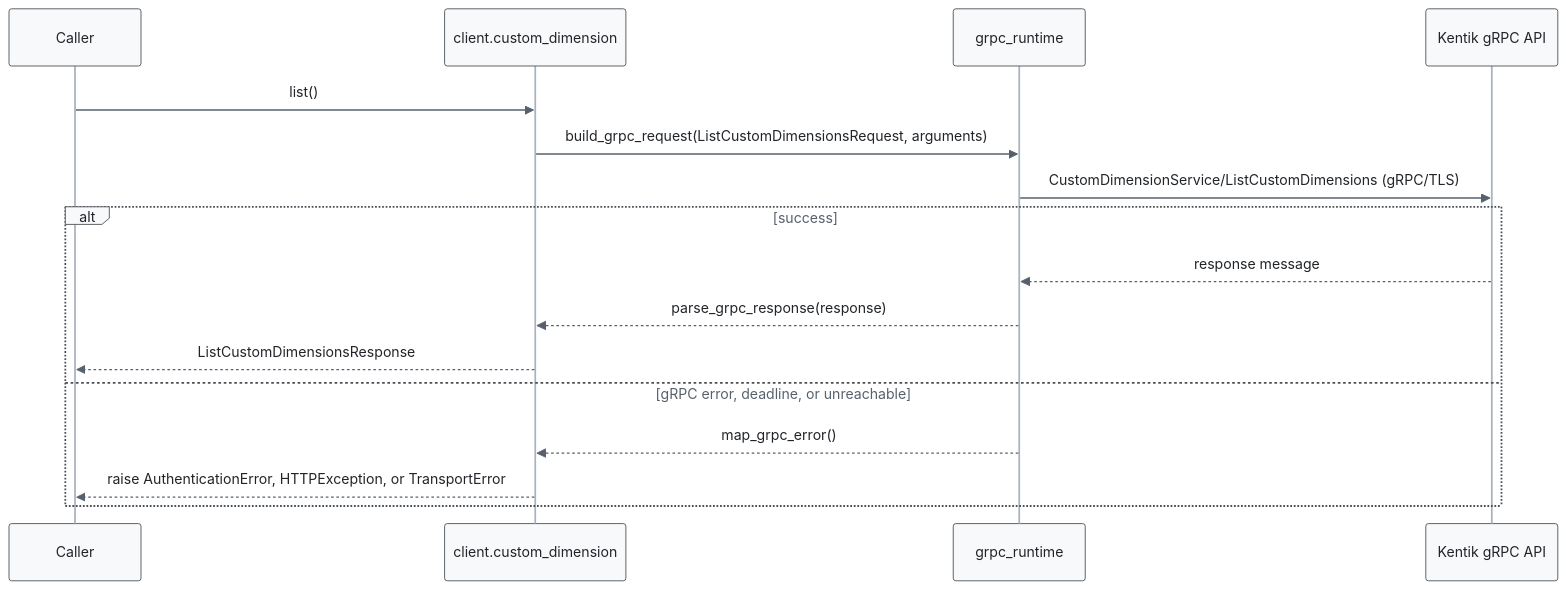
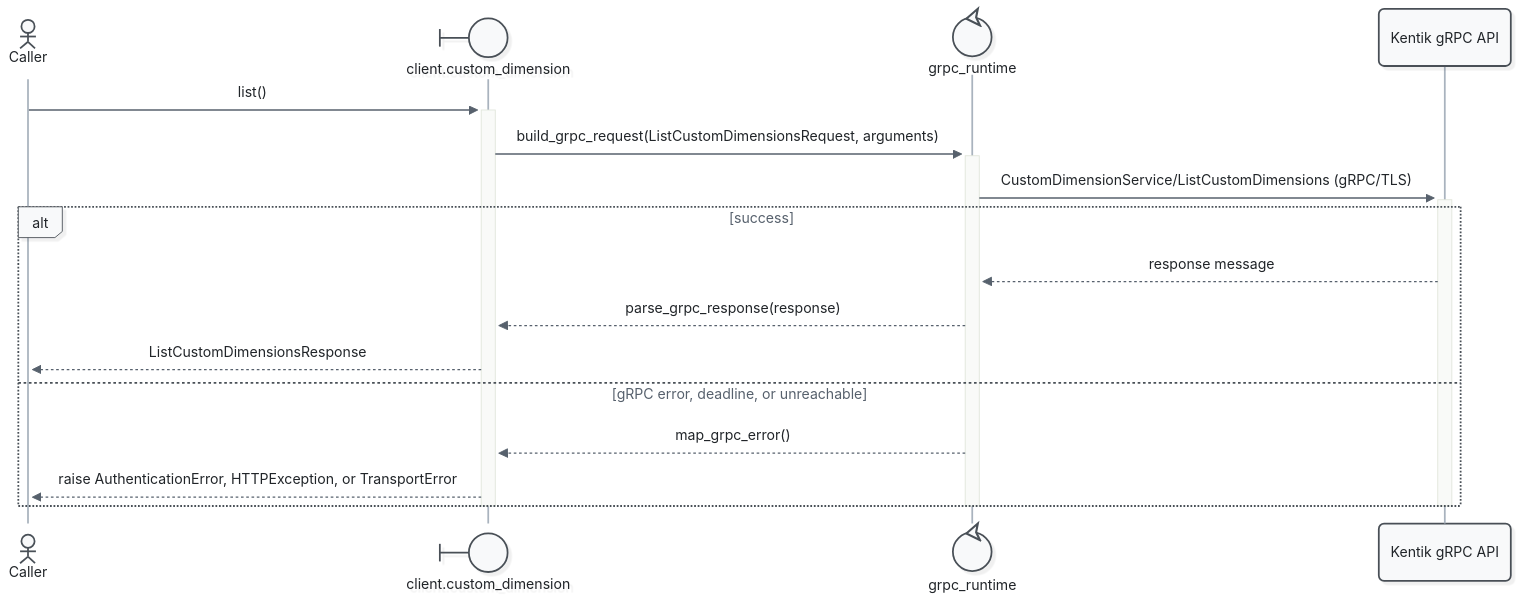
One commit to alexdearaujo/community_sdk_python changed the second of 21 diagrams in docs/sphinx/services/custom_dimension.md. Above: the diagram before and after it, drawn with Mermaid. The commit also changed other lines of this file and 52 other files, not shown here.

First line of the commit message:
docs: Mermaid 12 sequence diagrams with participant types and path colors

````diff
--- a/docs/sphinx/services/custom_dimension.md
+++ b/docs/sphinx/services/custom_dimension.md
@@ -55,20 +57,23 @@
 ```mermaid
-%%{init: {"theme": "base", "fontFamily": "ui-monospace, SFMono-Regular, Menlo, monospace", "themeVariables": {"fontFamily": "ui-monospace, SFMono-Regular, Menlo, monospace", "primaryColor": "#f8f9fa", "primaryBorderColor": "#495057", "primaryTextColor": "#212529", "textColor": "#212529", "lineColor": "#77818c", "edgeLabelBackground": "#ffffff", "actorBkg": "#f8f9fa", "actorBorder": "#495057", "actorTextColor": "#212529", "actorLineColor": "#a9b3be", "signalColor": "#57616d", "signalTextColor": "#212529", "labelBoxBkgColor": "#f8f9fa", "labelBoxBorderColor": "#495057", "labelTextColor": "#212529", "loopTextColor": "#57616d", "noteBkgColor": "#fff9db", "noteBorderColor": "#f08c00", "noteTextColor": "#a35a00"}, "flowchart": {"curve": "step", "nodeSpacing": 30, "rankSpacing": 70, "wrappingWidth": 400}}}%%
+%%{init: {"theme": "redux", "look": "neo", "layout": "dagre", "fontFamily": "ui-monospace, SFMono-Regular, Menlo, monospace", "themeVariables": {"fontFamily": "ui-monospace, SFMono-Regular, Menlo, monospace", "primaryColor": "#f8f9fa", "primaryBorderColor": "#495057", "primaryTextColor": "#212529", "textColor": "#212529", "lineColor": "#77818c", "edgeLabelBackground": "#ffffff", "actorBkg": "#f8f9fa", "actorBorder": "#495057", "actorTextColor": "#212529", "actorLineColor": "#a9b3be", "signalColor": "#57616d", "signalTextColor": "#212529", "labelBoxBkgColor": "#f8f9fa", "labelBoxBorderColor": "#495057", "labelTextColor": "#212529", "loopTextColor": "#57616d", "noteBkgColor": "#fff9db", "noteBorderColor": "#f08c00", "noteTextColor": "#a35a00"}, "sequence": {"activationWidth": 16}, "flowchart": {"curve": "step", "nodeSpacing": 30, "rankSpacing": 70, "wrappingWidth": 400}}}%%
 sequenceDiagram
-    participant C as Caller
-    participant W as client.custom_dimension
-    participant R as grpc_runtime
+    actor C as Caller
+    participant W@{ "type": "boundary" } as client.custom_dimension
+    participant R@{ "type": "control" } as grpc_runtime
     participant API as Kentik gRPC API
 
-    C->>W: list()
-    W->>R: build_grpc_request(ListCustomDimensionsRequest, arguments)
-    R->>API: CustomDimensionService/ListCustomDimensions (gRPC/TLS)
+    C->>+W: list()
+    W->>+R: build_grpc_request(ListCustomDimensionsRequest, arguments)
+    R->>+API: CustomDimensionService/ListCustomDimensions (gRPC/TLS)
     alt success
         API-->>R: response message
         R-->>W: parse_grpc_response(response)
         W-->>C: ListCustomDimensionsResponse
     else gRPC error, deadline, or unreachable
         R-->>W: map_grpc_error()
         W-->>C: raise AuthenticationError, HTTPException, or TransportError
     end
+    deactivate API
+    deactivate R
+    deactivate W
 ```
````
